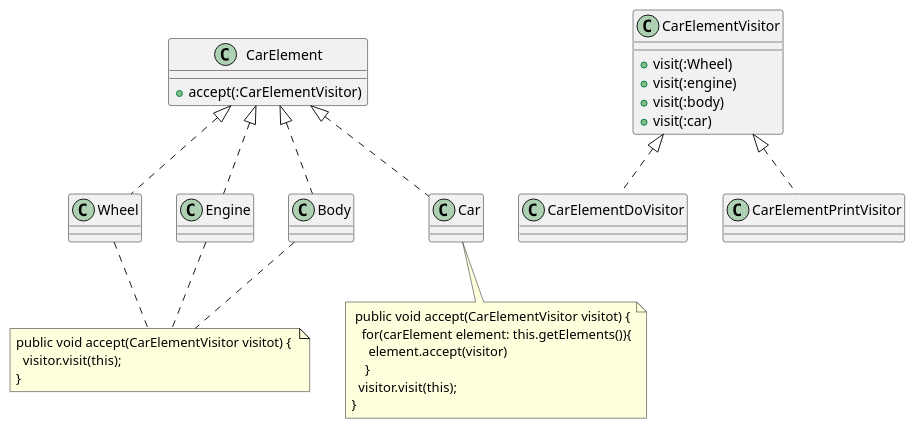
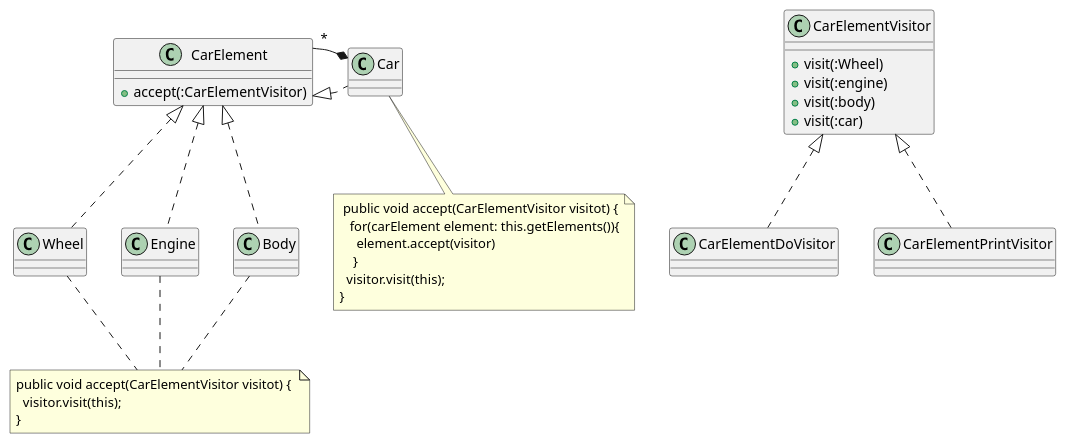
Before and after one commit to yvanross/LOG121-GOF-exemples: the diagram in src/main/java/Visiteur/Car/README.md, drawn with PlantUML. The commit also changed 38 other files, not shown here.

````diff
--- a/src/main/java/Visiteur/Car/README.md
+++ b/src/main/java/Visiteur/Car/README.md
@@ -4,42 +4,43 @@
 ```plantuml
 @startuml
 class CarElement {
   +accept(:CarElementVisitor)
   }
   class Wheel implements CarElement
   class Engine implements CarElement
   class Body implements CarElement
   class Car implements CarElement
   note as AE
     public void accept(CarElementVisitor visitot) { 
       visitor.visit(this);
     }
   end note
   Wheel .. AE
   Engine .. AE
   Body .. AE
 
   note bottom of Car
      public void accept(CarElementVisitor visitot) {
        for(carElement element: this.getElements()){
          element.accept(visitor)
         } 
       visitor.visit(this);
     }
   end note
 
   class CarElementVisitor {
     +visit(:Wheel)
     +visit(:engine)
     +visit(:body)
     +visit(:car)
   }
 
   class CarElementDoVisitor implements CarElementVisitor
   class CarElementPrintVisitor implements CarElementVisitor
 
+Car *- "*" CarElement
 
 
 
 @enduml
 ```
````
